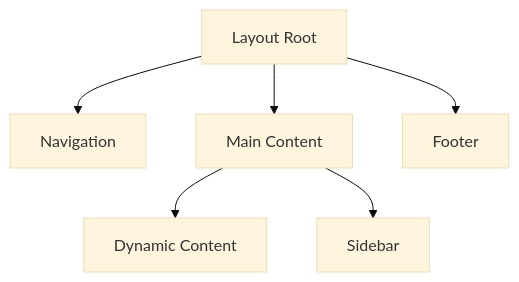
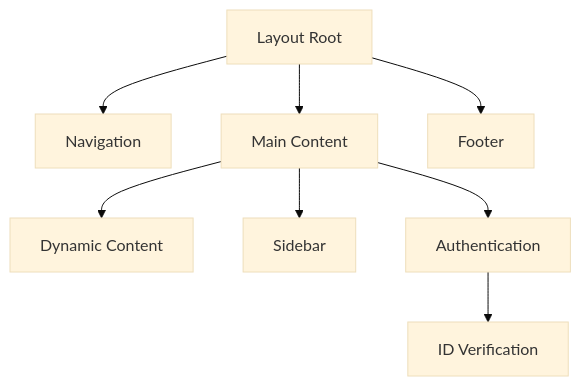
Before and after one commit to kasinadhsarma/vicharcha: the third of 3 diagrams in README.md, drawn with Mermaid (base theme). The commit also changed other lines of this file and 12 other files, not shown here.

````diff
--- a/README.md
+++ b/README.md
@@ -55,14 +64,16 @@
 ```mermaid
 flowchart TB
     Root[Layout Root]
     Nav[Navigation]
     Main[Main Content]
     Footer[Footer]
 
     Root --> Nav
     Root --> Main
     Root --> Footer
 
     Main --> Content[Dynamic Content]
     Main --> Sidebar[Sidebar]
+    Main --> Auth[Authentication]
+    Auth --> DigiLocker[ID Verification]
 ```
````
